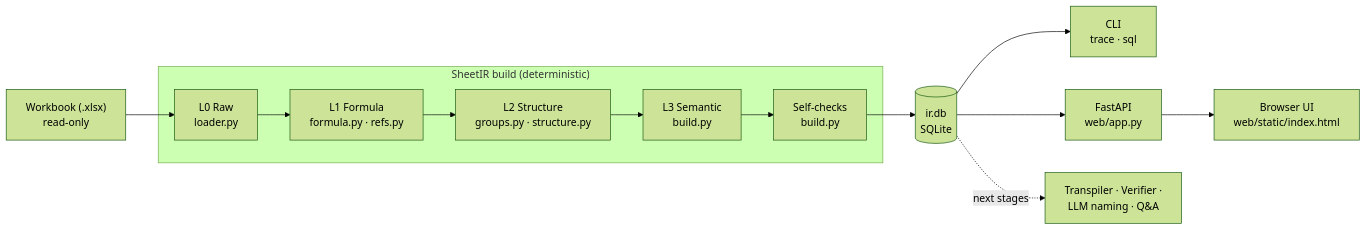
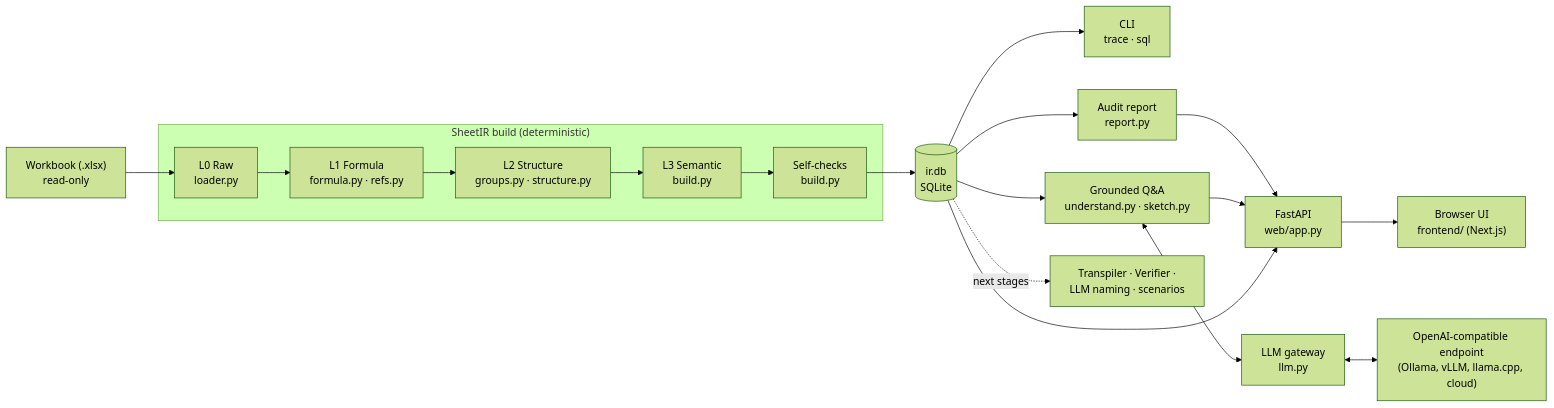
The diagram in README.md (danielpham-cs/sheettwin), drawn with Mermaid (forest theme) before and after one commit. The commit also changed other lines of this file and 1 other file, not shown here.

Commit message:
Document the LLM chat and audit report; add .env.example

````diff
--- a/README.md
+++ b/README.md
@@ -227,14 +324,19 @@
 ```mermaid
 flowchart LR
     X["Workbook (.xlsx)<br/>read-only"] --> L0
     subgraph SheetIR["SheetIR build (deterministic)"]
         L0["L0 Raw<br/>loader.py"] --> L1["L1 Formula<br/>formula.py · refs.py"]
         L1 --> L2["L2 Structure<br/>groups.py · structure.py"]
         L2 --> L3["L3 Semantic<br/>build.py"]
         L3 --> CK["Self-checks<br/>build.py"]
     end
     CK --> DB[("ir.db<br/>SQLite")]
     DB --> CLI["CLI<br/>trace · sql"]
-    DB --> API["FastAPI<br/>web/app.py"] --> UI["Browser UI<br/>web/static/index.html"]
-    DB -. "next stages" .-> NX["Transpiler · Verifier ·<br/>LLM naming · Q&A"]
+    DB --> RP["Audit report<br/>report.py"]
+    DB --> QA["Grounded Q&A<br/>understand.py · sketch.py"]
+    QA <--> GW["LLM gateway<br/>llm.py"] <--> M["OpenAI-compatible endpoint<br/>(Ollama, vLLM, llama.cpp, cloud)"]
+    RP --> API["FastAPI<br/>web/app.py"]
+    QA --> API
+    DB --> API --> UI["Browser UI<br/>frontend/ (Next.js)"]
+    DB -. "next stages" .-> NX["Transpiler · Verifier ·<br/>LLM naming · scenarios"]
 ```
````
